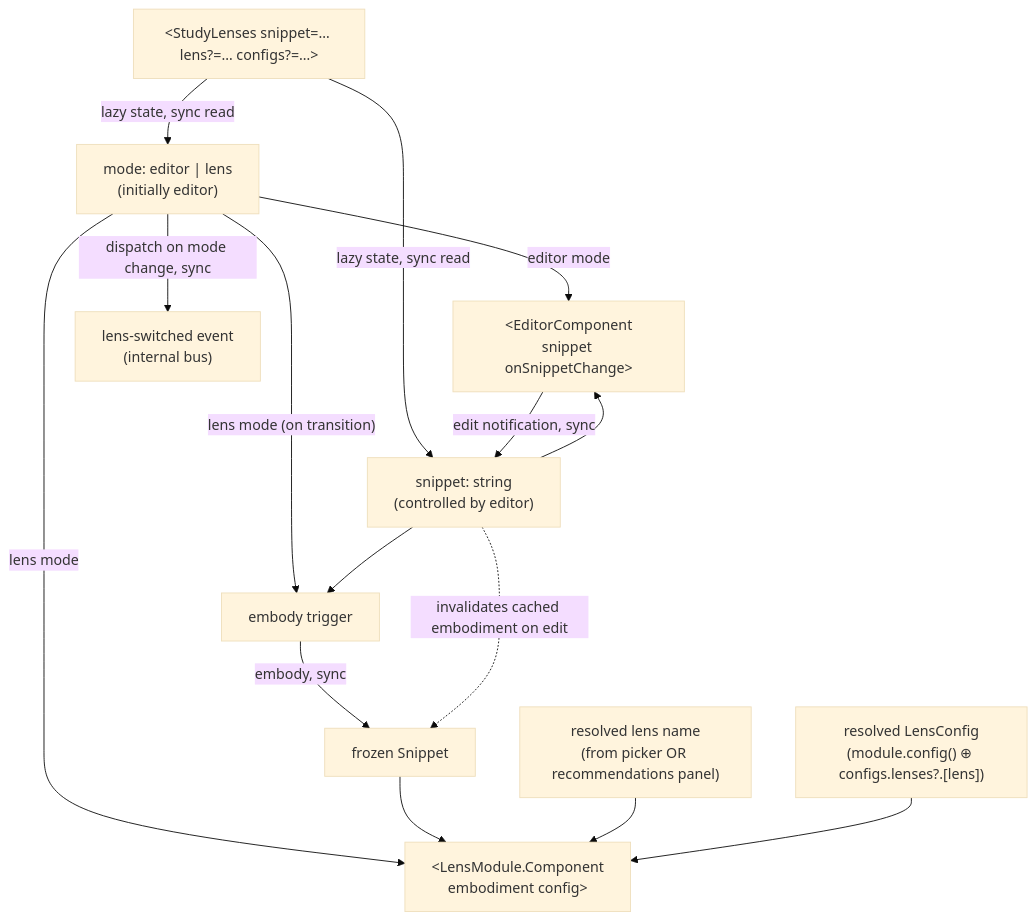
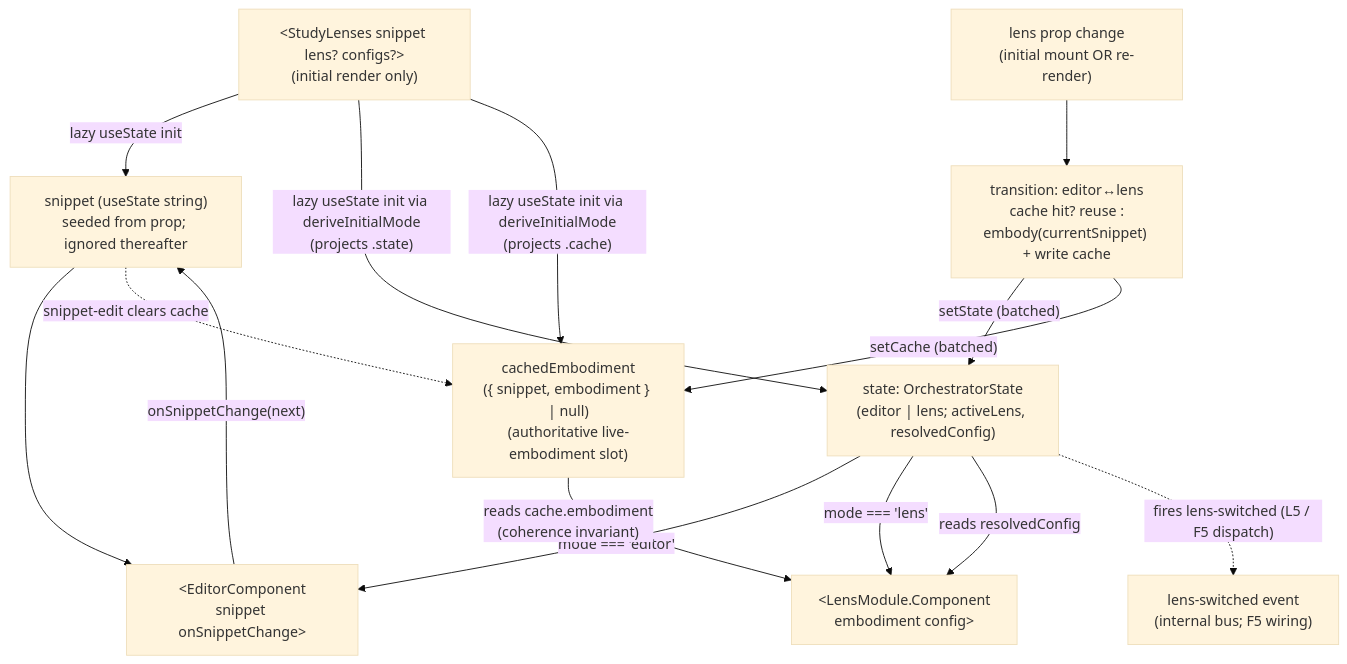
The fourth of 5 diagrams in src/lib/welcome-to-programming/just-enough/javascript/orchestrate/DOCS.md (codeschoolinabox/curricula), drawn with Mermaid (base theme) before and after one commit. The commit also changed other lines of this file and 4 other files, not shown here.

Commit message:
docs: establish F2 editor-vs-lens 2-mode state machine domain model and architectural sketch

````diff
--- a/src/lib/welcome-to-programming/just-enough/javascript/orchestrate/DOCS.md
+++ b/src/lib/welcome-to-programming/just-enough/javascript/orchestrate/DOCS.md
@@ -218,24 +227,23 @@
 ```mermaid
 flowchart TD
-    Props["&lt;StudyLenses snippet=… lens?=… configs?=…&gt;"]
+    Props["&lt;StudyLenses snippet lens? configs?&gt;<br/>(initial render only)"]
 
-    Props -->|"lazy state, sync read"| Mode["mode: editor | lens<br/>(initially editor)"]
-    Props -->|"lazy state, sync read"| SnippetState["snippet: string<br/>(controlled by editor)"]
+    Props -->|"lazy useState init"| SnippetState["snippet (useState string)<br/>seeded from prop; ignored thereafter"]
+    Props -->|"lazy useState init via deriveInitialMode<br/>(projects .state)"| Mode["state: OrchestratorState<br/>(editor | lens; activeLens, resolvedConfig)"]
+    Props -->|"lazy useState init via deriveInitialMode<br/>(projects .cache)"| Cache["cachedEmbodiment<br/>({ snippet, embodiment } | null)<br/>(authoritative live-embodiment slot)"]
 
-    Mode -->|"editor mode"| EditorMount["&lt;EditorComponent<br/>snippet onSnippetChange&gt;"]
+    Mode -->|"mode === 'editor'"| EditorMount["&lt;EditorComponent<br/>snippet onSnippetChange&gt;"]
     SnippetState --> EditorMount
-    EditorMount -->|"edit notification, sync"| SnippetState
+    EditorMount -->|"onSnippetChange(next)"| SnippetState
+    SnippetState -.snippet-edit clears cache.-> Cache
 
-    Mode -->|"lens mode (on transition)"| EmbodyTrigger["embody trigger"]
-    SnippetState --> EmbodyTrigger
-    EmbodyTrigger -->|"embody, sync"| Embodiment["frozen Snippet"]
+    Mode -->|"mode === 'lens'"| LensMount["&lt;LensModule.Component<br/>embodiment config&gt;"]
+    Cache -->|"reads cache.embodiment<br/>(coherence invariant)"| LensMount
+    Mode -->|"reads resolvedConfig"| LensMount
 
-    Mode -->|"lens mode"| LensMount["&lt;LensModule.Component<br/>embodiment config&gt;"]
-    Embodiment --> LensMount
-    LensProp["resolved lens name<br/>(from picker OR recommendations panel)"] --> LensMount
-    ResolvedConfig["resolved LensConfig<br/>(module.config() ⊕ configs.lenses?.[lens])"] --> LensMount
+    LensPropChange["lens prop change<br/>(initial mount OR re-render)"] --> TransitionFn["transition: editor↔lens<br/>cache hit? reuse :<br/>embody(currentSnippet) + write cache"]
+    TransitionFn -->|"setState (batched)"| Mode
+    TransitionFn -->|"setCache (batched)"| Cache
 
-    Mode -->|"dispatch on mode change, sync"| InternalBus["lens-switched event<br/>(internal bus)"]
-
-    SnippetState -.invalidates cached embodiment on edit.-> Embodiment
+    Mode -.fires lens-switched (L5 / F5 dispatch).-> InternalBus["lens-switched event<br/>(internal bus; F5 wiring)"]
 ```
````
